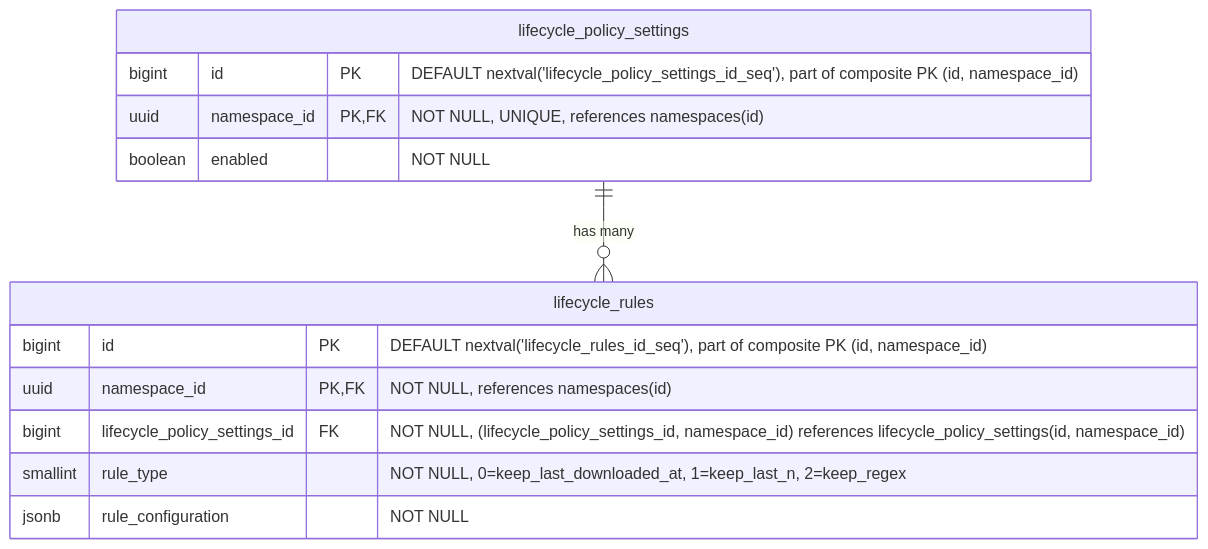
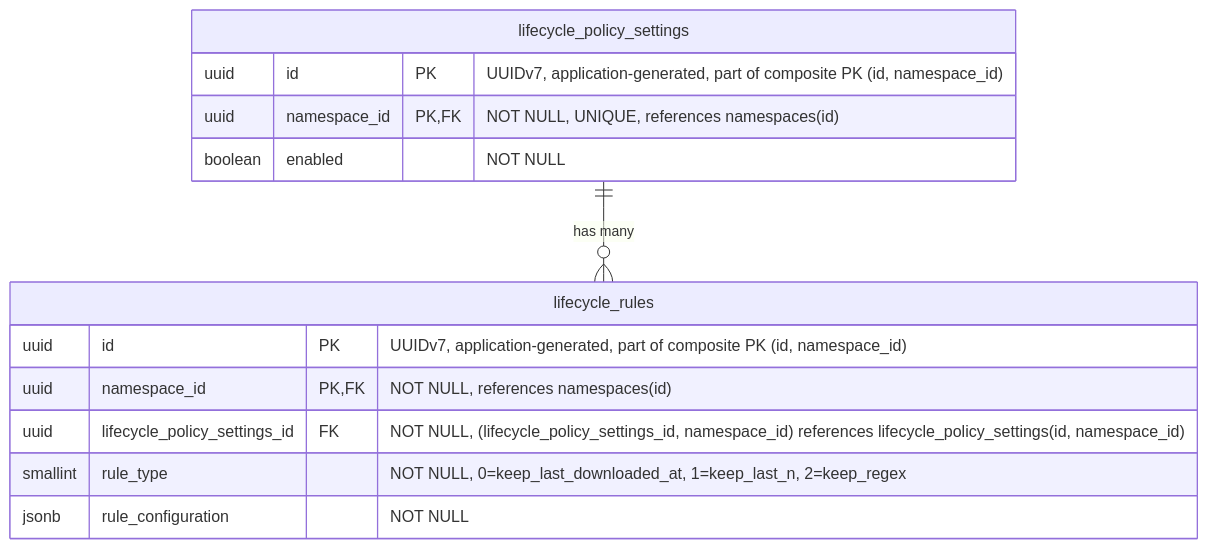
One commit to kyama0/gitlab-handbook-ja changed the fifth of 19 diagrams in content/handbook/engineering/architecture/design-documents/artifact_registry/decisions/007_database_schema.md. Above: the diagram before and after it, drawn with Mermaid. The commit also changed other lines of this file and 105 other files, not shown here.

````diff
--- a/content/handbook/engineering/architecture/design-documents/artifact_registry/decisions/007_database_schema.md
+++ b/content/handbook/engineering/architecture/design-documents/artifact_registry/decisions/007_database_schema.md
@@ -287,18 +299,18 @@
 ```mermaid
 erDiagram
     lifecycle_policy_settings ||--o{ lifecycle_rules : "has many"
 
     lifecycle_policy_settings {
-        bigint id PK "DEFAULT nextval('lifecycle_policy_settings_id_seq'), part of composite PK (id, namespace_id)"
+        uuid id PK "UUIDv7, application-generated, part of composite PK (id, namespace_id)"
         uuid namespace_id PK,FK "NOT NULL, UNIQUE, references namespaces(id)"
         boolean enabled "NOT NULL"
     }
 
     lifecycle_rules {
-        bigint id PK "DEFAULT nextval('lifecycle_rules_id_seq'), part of composite PK (id, namespace_id)"
+        uuid id PK "UUIDv7, application-generated, part of composite PK (id, namespace_id)"
         uuid namespace_id PK,FK "NOT NULL, references namespaces(id)"
-        bigint lifecycle_policy_settings_id FK "NOT NULL, (lifecycle_policy_settings_id, namespace_id) references lifecycle_policy_settings(id, namespace_id)"
+        uuid lifecycle_policy_settings_id FK "NOT NULL, (lifecycle_policy_settings_id, namespace_id) references lifecycle_policy_settings(id, namespace_id)"
         smallint rule_type "NOT NULL, 0=keep_last_downloaded_at, 1=keep_last_n, 2=keep_regex"
         jsonb rule_configuration "NOT NULL"
     }
 ```
````
